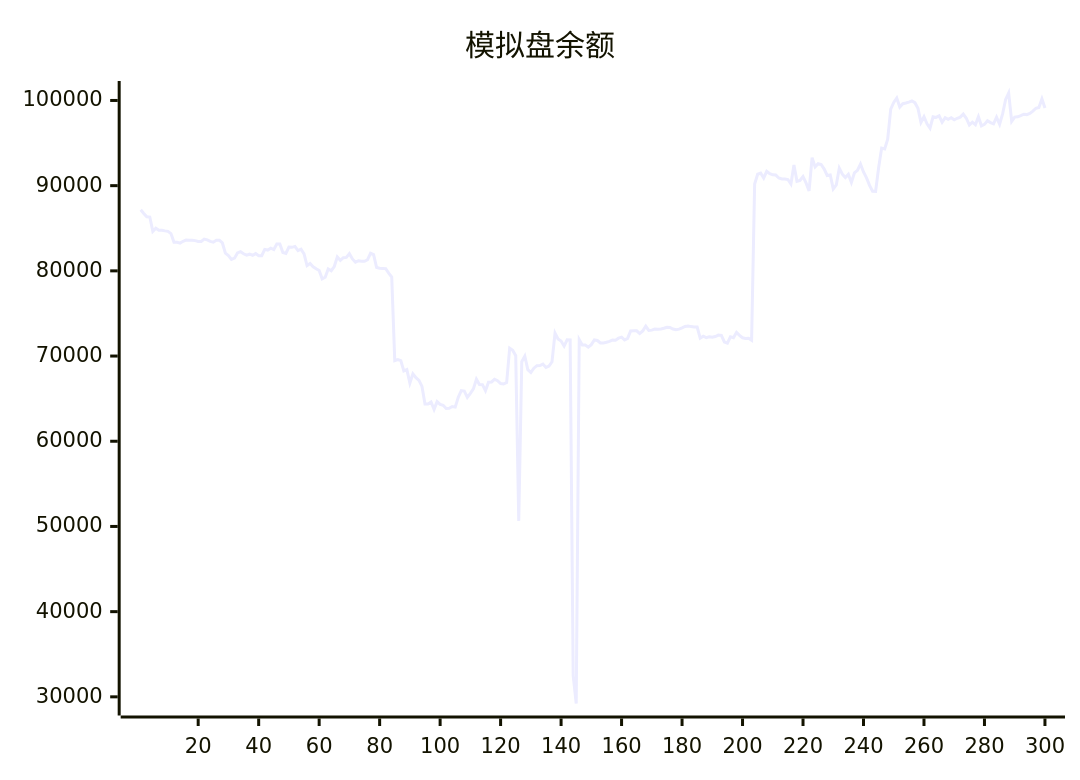
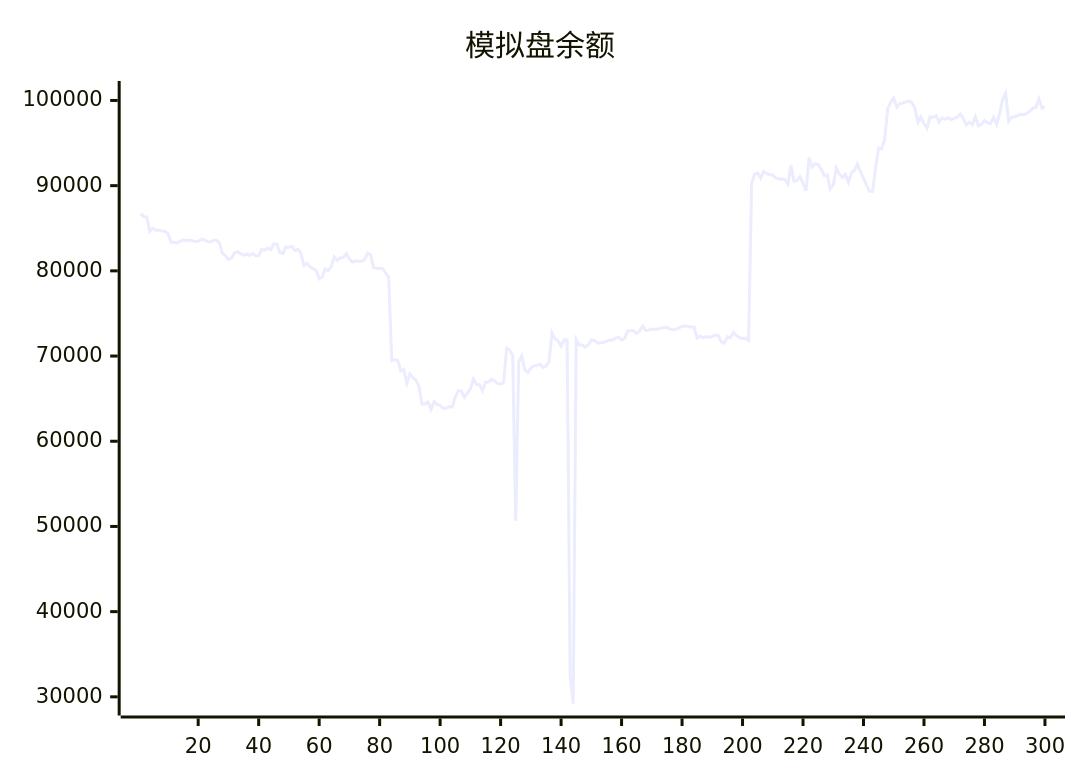
One commit to aahl/ai-trading changed the diagram in README.md. Above: the diagram before and after it, drawn with Mermaid. The commit also changed other lines of this file and 1 other file, not shown here.

````diff
--- a/README.md
+++ b/README.md
@@ -5,5 +5,5 @@
 ```mermaid
 xychart
     title "模拟盘余额"
-    line [87178,86740,86341,86315,84643,85012,84772,84768,84690,84635,84376,83360,83357,83259,83474,83608,83606,83602,83548,83440,83454,83724,83644,83464,83365,83590,83592,83275,82072,81806,81344,81492,82109,82254,82006,81848,81955,81829,82022,81769,81776,82522,82441,82656,82498,83144,83144,82150,82038,82797,82763,82872,82367,82536,81981,80612,80862,80484,80242,80034,79063,79245,80226,80016,80507,81625,81233,81544,81578,82016,81401,81019,81186,81130,81118,81306,82066,81909,80392,80304,80291,80258,79729,79261,69466,69579,69456,68251,68415,66832,67911,67462,67144,66432,64380,64375,64606,63740,64647,64324,64216,63842,63877,64078,64008,65156,65945,65888,65157,65625,66144,67284,66653,66639,65924,66925,66956,67263,67108,66766,66729,66886,70927,70673,70049,50652,69334,69973,68400,68061,68578,68876,68879,69055,68662,68822,69329,72687,71999,71760,71162,71911,71896,32500,29218,71927,71297,71305,71044,71337,71883,71822,71536,71536,71622,71723,71880,71860,72100,72216,71887,72077,72940,72976,72966,72638,72948,73497,73004,73041,73173,73160,73186,73258,73375,73351,73173,73098,73161,73305,73474,73536,73457,73413,73412,72100,72333,72164,72272,72204,72285,72461,72421,71652,71521,72267,72157,72774,72424,72144,72060,72091,71858,90185,91338,91466,90900,91678,91404,91268,91244,90903,90779,90787,90721,90187,92429,90518,90619,91070,90328,89376,93286,92202,92581,92485,91947,91196,91259,89619,90086,92063,91355,90950,91327,90373,91498,91800,92531,91603,90910,90031,89351,89334,92097,94406,94315,95455,98972,99763,100286,99229,99622,99701,99805,99938,99738,99082,97430,98094,97267,96741,98081,98013,98194,97447,97983,97789,97969,97729,97911,98043,98405,97912,97120,97448,97154,98095,97021,97190,97616,97402,97263,98035,97210,98424,100120,100876,97552,98049,98085,98228,98388,98342,98488,98750,99086,99181,100188,99107]
+    line [86740,86341,86315,84643,85012,84772,84768,84690,84635,84376,83360,83357,83259,83474,83608,83606,83602,83548,83440,83454,83724,83644,83464,83365,83590,83592,83275,82072,81806,81344,81492,82109,82254,82006,81848,81955,81829,82022,81769,81776,82522,82441,82656,82498,83144,83144,82150,82038,82797,82763,82872,82367,82536,81981,80612,80862,80484,80242,80034,79063,79245,80226,80016,80507,81625,81233,81544,81578,82016,81401,81019,81186,81130,81118,81306,82066,81909,80392,80304,80291,80258,79729,79261,69466,69579,69456,68251,68415,66832,67911,67462,67144,66432,64380,64375,64606,63740,64647,64324,64216,63842,63877,64078,64008,65156,65945,65888,65157,65625,66144,67284,66653,66639,65924,66925,66956,67263,67108,66766,66729,66886,70927,70673,70049,50652,69334,69973,68400,68061,68578,68876,68879,69055,68662,68822,69329,72687,71999,71760,71162,71911,71896,32500,29218,71927,71297,71305,71044,71337,71883,71822,71536,71536,71622,71723,71880,71860,72100,72216,71887,72077,72940,72976,72966,72638,72948,73497,73004,73041,73173,73160,73186,73258,73375,73351,73173,73098,73161,73305,73474,73536,73457,73413,73412,72100,72333,72164,72272,72204,72285,72461,72421,71652,71521,72267,72157,72774,72424,72144,72060,72091,71858,90185,91338,91466,90900,91678,91404,91268,91244,90903,90779,90787,90721,90187,92429,90518,90619,91070,90328,89376,93286,92202,92581,92485,91947,91196,91259,89619,90086,92063,91355,90950,91327,90373,91498,91800,92531,91603,90910,90031,89351,89334,92097,94406,94315,95455,98972,99763,100286,99229,99622,99701,99805,99938,99738,99082,97430,98094,97267,96741,98081,98013,98194,97447,97983,97789,97969,97729,97911,98043,98405,97912,97120,97448,97154,98095,97021,97190,97616,97402,97263,98035,97210,98424,100120,100876,97552,98049,98085,98228,98388,98342,98488,98750,99086,99181,100188,99107,99272]
 ```
````
